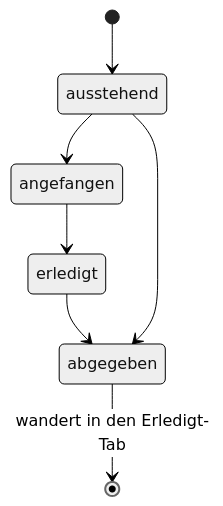
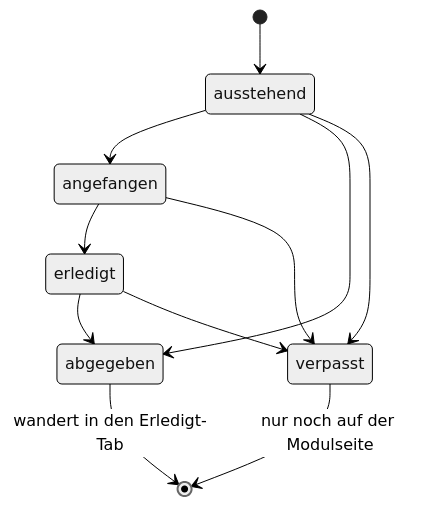
Before and after one commit to EreDem/UniPlanner: the fourth of 4 diagrams in uni-planer/docs/datenmodell.md, drawn with Mermaid (neutral theme). The commit also changed other lines of this file and 16 other files, not shown here.

````diff
--- a/uni-planer/docs/datenmodell.md
+++ b/uni-planer/docs/datenmodell.md
@@ -108,9 +108,13 @@
 ```mermaid
 stateDiagram-v2
     [*] --> ausstehend
     ausstehend --> angefangen
     angefangen --> erledigt
     erledigt --> abgegeben
     ausstehend --> abgegeben
+    ausstehend --> verpasst
+    angefangen --> verpasst
+    erledigt --> verpasst
     abgegeben --> [*] : wandert in den Erledigt-Tab
+    verpasst --> [*] : nur noch auf der Modulseite
 ```
````
